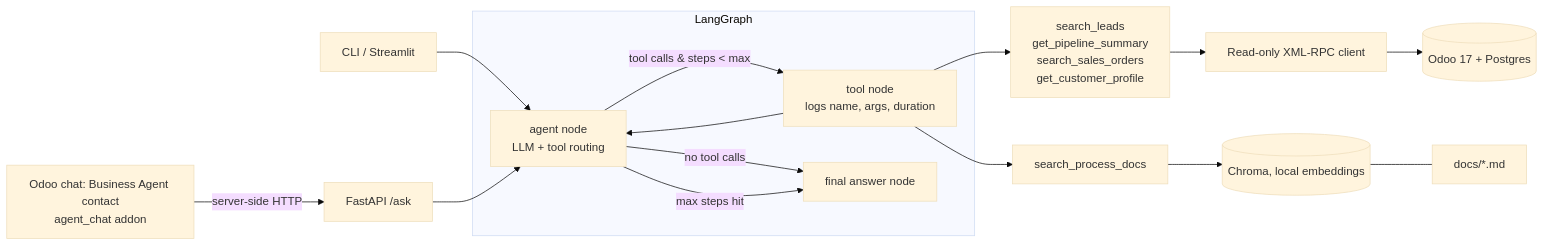
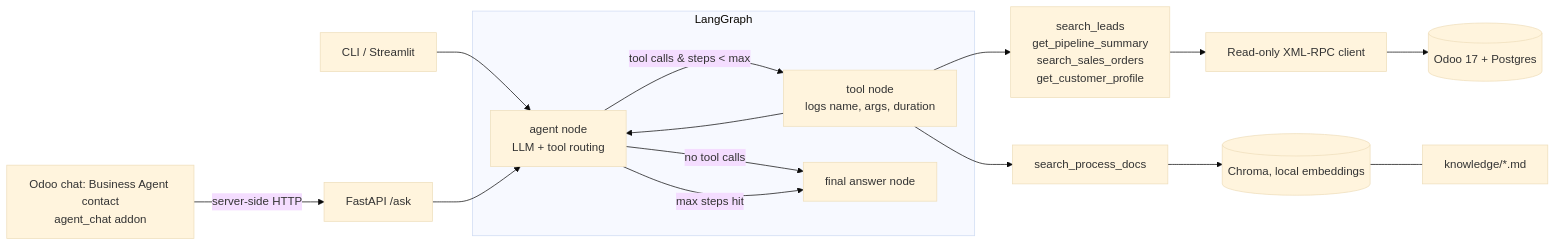
One commit to abdelrahmansharafx/odoo-ops-agent changed the diagram in README.md. Above: the diagram before and after it, drawn with Mermaid (base theme). The commit also changed other lines of this file and 24 other files, not shown here.

````diff
--- a/README.md
+++ b/README.md
@@ -9,15 +9,15 @@
 ```mermaid
 flowchart LR
     U[CLI / Streamlit] --> A
     OD[Odoo chat: Business Agent contact<br/>agent_chat addon] -->|server-side HTTP| API[FastAPI /ask] --> A
     subgraph Graph["LangGraph"]
         A[agent node<br/>LLM + tool routing] -->|tool calls & steps < max| T[tool node<br/>logs name, args, duration]
         T --> A
         A -->|no tool calls| F[final answer node]
         A -->|max steps hit| F
     end
     T --> L[search_leads<br/>get_pipeline_summary<br/>search_sales_orders<br/>get_customer_profile]
     T --> R[search_process_docs]
     L --> C[Read-only XML-RPC client] --> O[(Odoo 17 + Postgres)]
-    R --> V[(Chroma, local embeddings)] --- D[docs/*.md]
+    R --> V[(Chroma, local embeddings)] --- D[knowledge/*.md]
 ```
````
